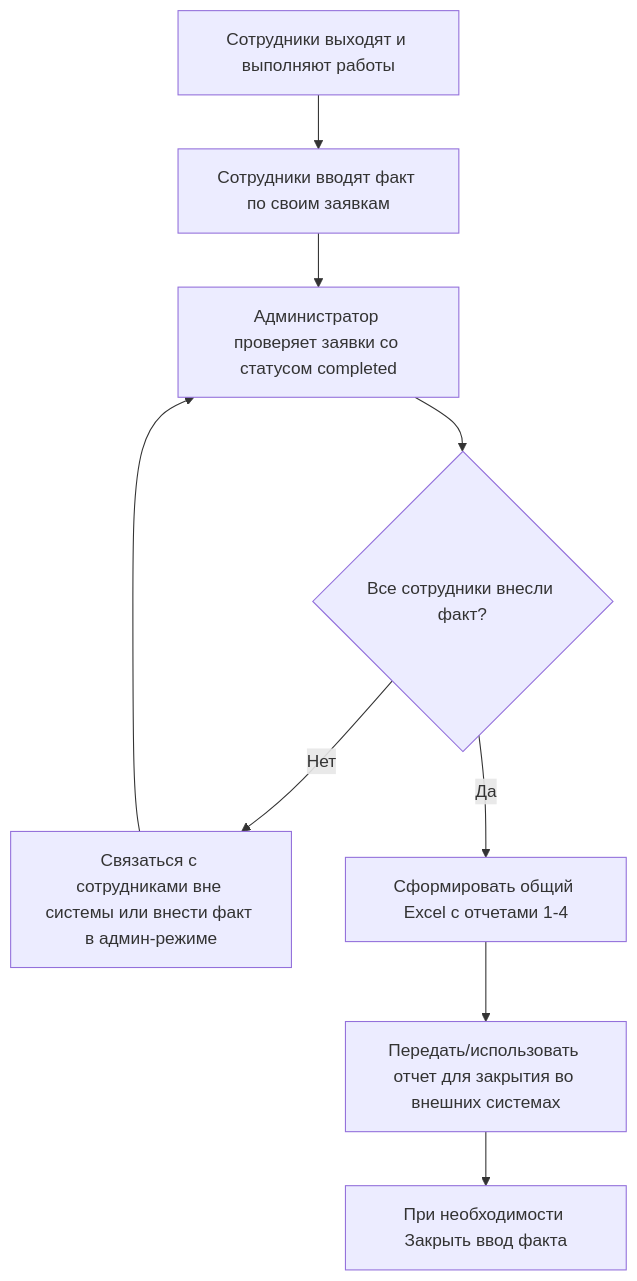
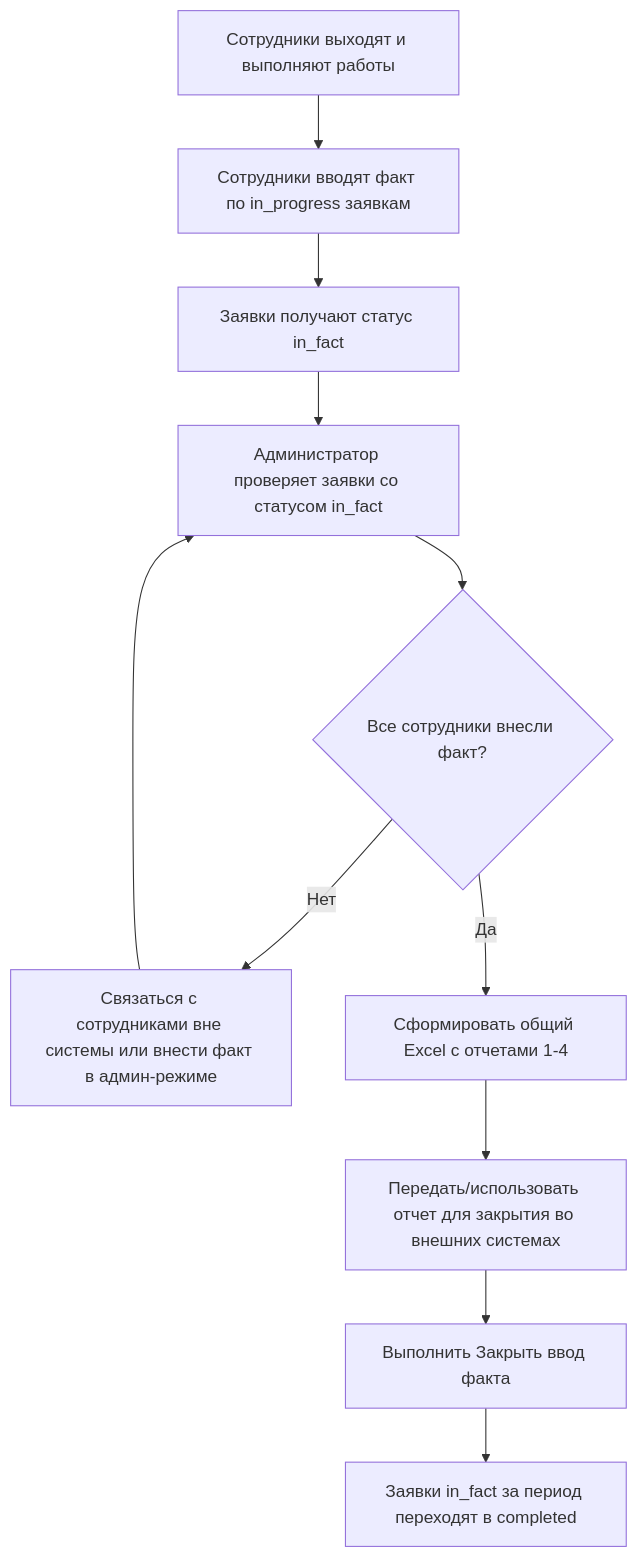
One commit to travinov/work-on-holiday-web-ui changed the ninth of 9 diagrams in docs/workflows/employee-admin-workflows.md. Above: the diagram before and after it, drawn with Mermaid. The commit also changed other lines of this file and 5 other files, not shown here.

````diff
--- a/docs/workflows/employee-admin-workflows.md
+++ b/docs/workflows/employee-admin-workflows.md
@@ -198,11 +230,13 @@
 ```mermaid
 flowchart TD
-    A["Сотрудники выходят и выполняют работы"] --> B["Сотрудники вводят факт по своим заявкам"]
-    B --> C["Администратор проверяет заявки со статусом completed"]
-    C --> D{"Все сотрудники внесли факт?"}
-    D -- "Нет" --> E["Связаться с сотрудниками вне системы или внести факт в админ-режиме"]
-    E --> C
-    D -- "Да" --> F["Сформировать общий Excel с отчетами 1-4"]
-    F --> G["Передать/использовать отчет для закрытия во внешних системах"]
-    G --> H["При необходимости Закрыть ввод факта"]
+    A["Сотрудники выходят и выполняют работы"] --> B["Сотрудники вводят факт по in_progress заявкам"]
+    B --> C["Заявки получают статус in_fact"]
+    C --> D["Администратор проверяет заявки со статусом in_fact"]
+    D --> E{"Все сотрудники внесли факт?"}
+    E -- "Нет" --> F["Связаться с сотрудниками вне системы или внести факт в админ-режиме"]
+    F --> D
+    E -- "Да" --> G["Сформировать общий Excel с отчетами 1-4"]
+    G --> H["Передать/использовать отчет для закрытия во внешних системах"]
+    H --> I["Выполнить Закрыть ввод факта"]
+    I --> J["Заявки in_fact за период переходят в completed"]
 ```
````
